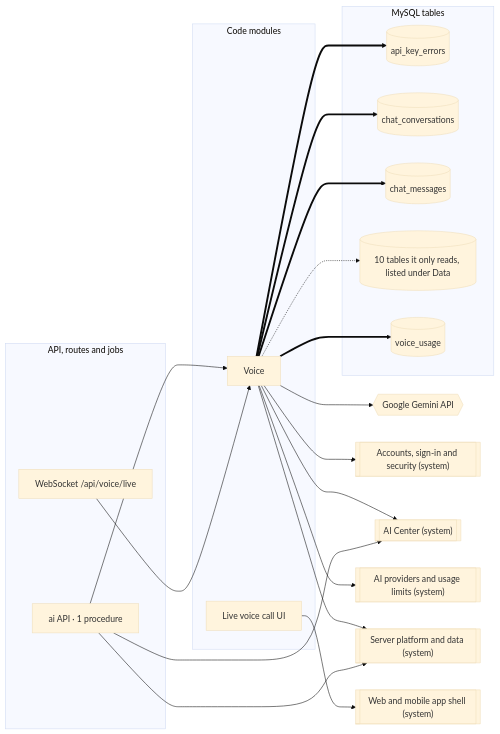
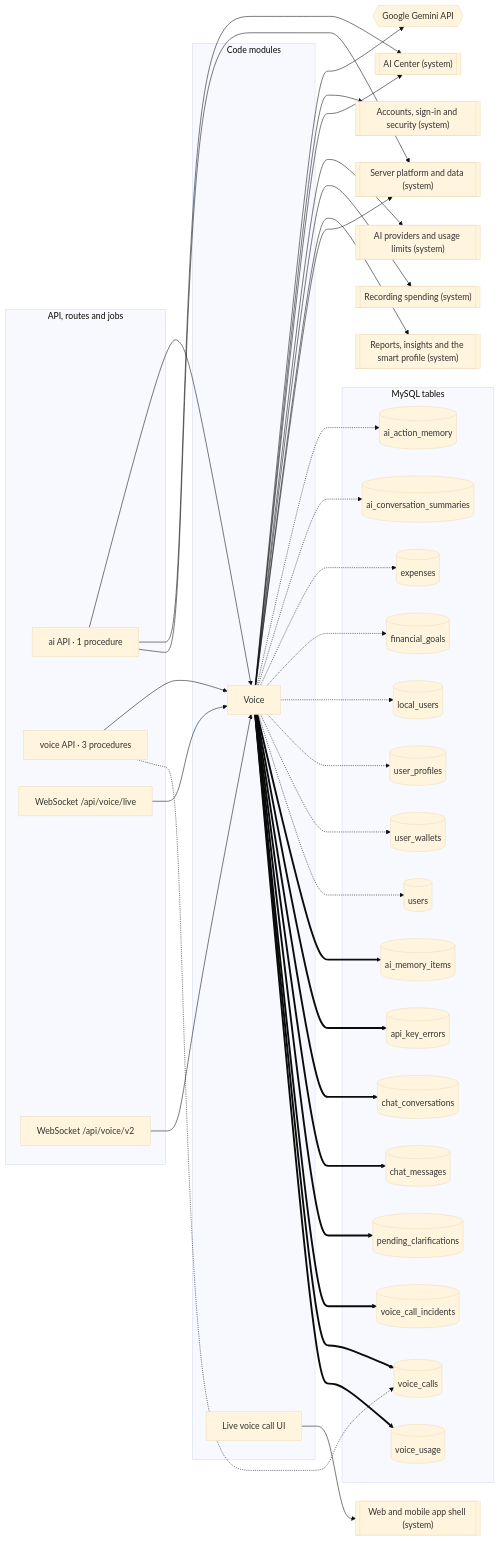
One commit to mahmoudtaherr111/smartspend_mini_all changed the diagram in docs/atlas/systems/voice-calls.md. Above: the diagram before and after it, drawn with Mermaid (base theme). The commit also changed other lines of this file and 68 other files, not shown here.

First line of the commit message:
feat(voice): the rebuilt call's gateway and brain, behind the rollout

````diff
--- a/docs/atlas/systems/voice-calls.md
+++ b/docs/atlas/systems/voice-calls.md
@@ -13,39 +13,70 @@
 ```mermaid
 flowchart LR
   subgraph g_api["API, routes and jobs"]
     router_ai["ai API · 1 procedure"]
+    router_voice["voice API · 3 procedures"]
     ws__api_voice_live["WebSocket /api/voice/live"]
+    ws__api_voice_v2["WebSocket /api/voice/v2"]
   end
   subgraph g_modules["Code modules"]
     mod_voice["Voice"]
     mod_web_voice_call["Live voice call UI"]
   end
   subgraph g_tables["MySQL tables"]
+    tbl_ai_action_memory[("ai_action_memory")]
+    tbl_ai_conversation_summaries[("ai_conversation_summaries")]
+    tbl_ai_memory_items[("ai_memory_items")]
     tbl_api_key_errors[("api_key_errors")]
     tbl_chat_conversations[("chat_conversations")]
     tbl_chat_messages[("chat_messages")]
-    tbl_more[("10 tables it only reads, listed under Data")]
+    tbl_expenses[("expenses")]
+    tbl_financial_goals[("financial_goals")]
+    tbl_local_users[("local_users")]
+    tbl_pending_clarifications[("pending_clarifications")]
+    tbl_user_profiles[("user_profiles")]
+    tbl_user_wallets[("user_wallets")]
+    tbl_users[("users")]
+    tbl_voice_call_incidents[("voice_call_incidents")]
+    tbl_voice_calls[("voice_calls")]
     tbl_voice_usage[("voice_usage")]
   end
   ext_gemini{{"Google Gemini API"}}
   sys_accounts[["Accounts, sign-in and security (system)"]]
   sys_ai_center[["AI Center (system)"]]
   sys_ai_platform[["AI providers and usage limits (system)"]]
+  sys_expense_capture[["Recording spending (system)"]]
+  sys_insights[["Reports, insights and the smart profile (system)"]]
   sys_platform[["Server platform and data (system)"]]
   sys_web_app[["Web and mobile app shell (system)"]]
   mod_voice --> ext_gemini
   mod_voice --> sys_accounts
   mod_voice --> sys_ai_center
   mod_voice --> sys_ai_platform
+  mod_voice --> sys_expense_capture
+  mod_voice --> sys_insights
   mod_voice --> sys_platform
-  mod_voice -.-> tbl_more
+  mod_voice -.-> tbl_ai_action_memory
+  mod_voice -.-> tbl_ai_conversation_summaries
+  mod_voice -.-> tbl_expenses
+  mod_voice -.-> tbl_financial_goals
+  mod_voice -.-> tbl_local_users
+  mod_voice -.-> tbl_user_profiles
+  mod_voice -.-> tbl_user_wallets
+  mod_voice -.-> tbl_users
+  mod_voice ==> tbl_ai_memory_items
   mod_voice ==> tbl_api_key_errors
   mod_voice ==> tbl_chat_conversations
   mod_voice ==> tbl_chat_messages
+  mod_voice ==> tbl_pending_clarifications
+  mod_voice ==> tbl_voice_call_incidents
+  mod_voice ==> tbl_voice_calls
   mod_voice ==> tbl_voice_usage
   mod_web_voice_call --> sys_web_app
   router_ai --> mod_voice
   router_ai --> sys_ai_center
   router_ai --> sys_platform
+  router_voice --> mod_voice
+  router_voice -.-> tbl_voice_calls
   ws__api_voice_live --> mod_voice
+  ws__api_voice_v2 --> mod_voice
 ```
````
